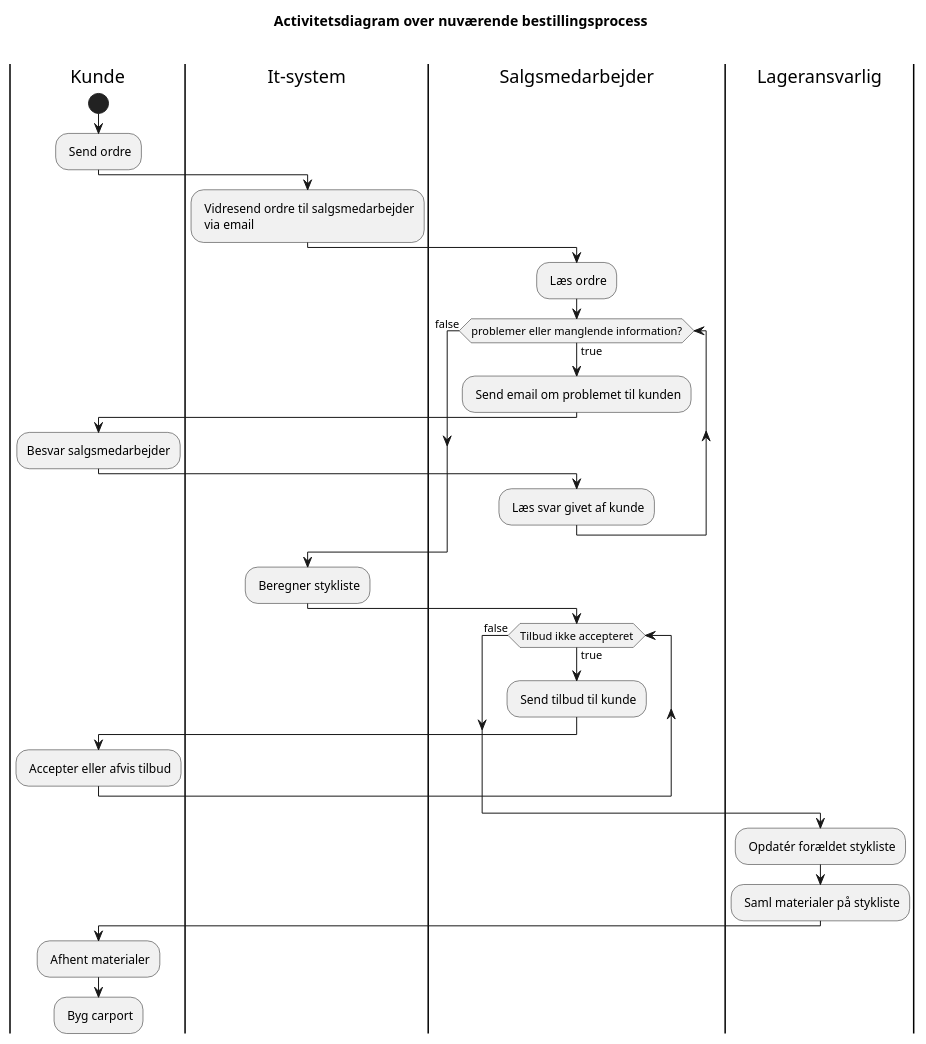
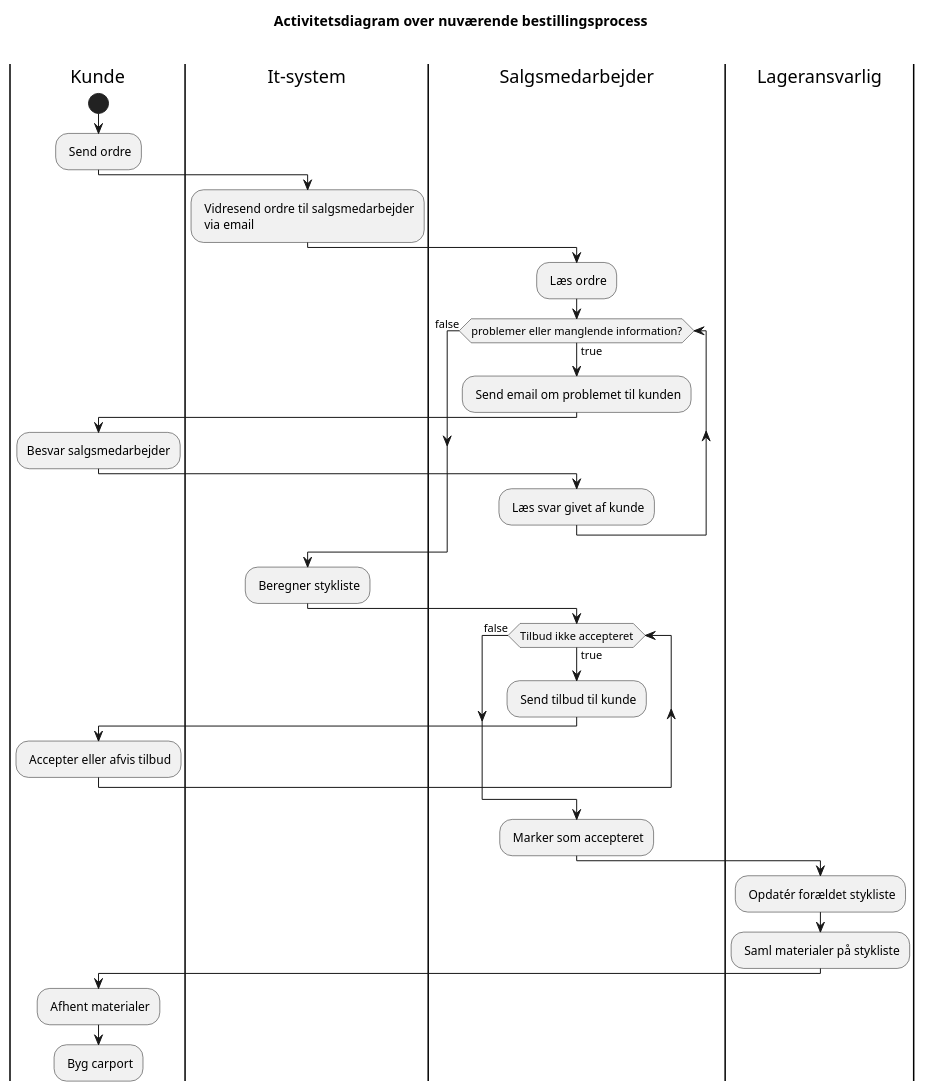
The diagram in documentation/as_is_activity.puml (Thomas-Rosenkrans-Vestergaard/fog), drawn with PlantUML before and after one commit.

Commit message:
as_is_activity

```diff
--- a/documentation/as_is_activity.puml
+++ b/documentation/as_is_activity.puml
@@ -1,34 +1,36 @@
 @startuml
 
 title Activitetsdiagram over nuværende bestillingsprocess \n
 
 |Kunde|
 start
 : Send ordre;
 |It-system|
 : Vidresend ordre til salgsmedarbejder
  via email;
 |Salgsmedarbejder|
 : Læs ordre;
 while (problemer eller manglende information?) is (true)
     : Send email om problemet til kunden;
     |Kunde|
     :Besvar salgsmedarbejder;
     |Salgsmedarbejder|
     : Læs svar givet af kunde;
 endwhile (false)
 |It-system|
 : Beregner stykliste;
 |Salgsmedarbejder|
 while (Tilbud ikke accepteret) is (true)
 : Send tilbud til kunde;
 |Kunde|
 : Accepter eller afvis tilbud;
 endwhile (false)
+|Salgsmedarbejder|
+: Marker som accepteret;
 |Lageransvarlig|
 : Opdatér forældet stykliste;
 : Saml materialer på stykliste;
 |Kunde|
 : Afhent materialer;
 : Byg carport;
 @enduml
```
